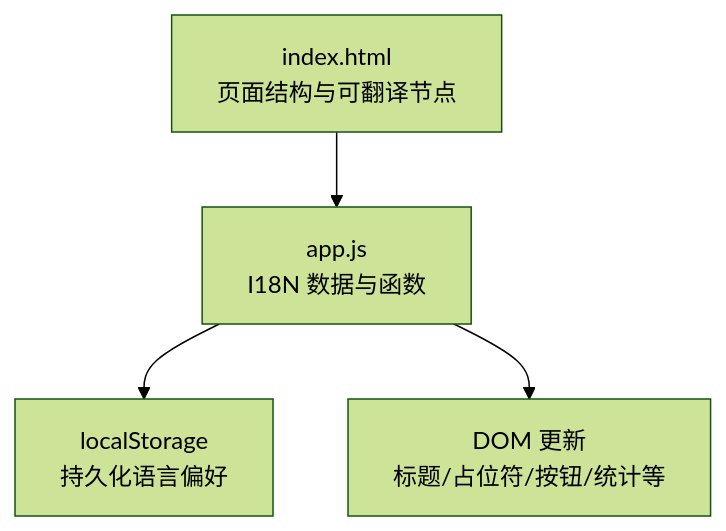
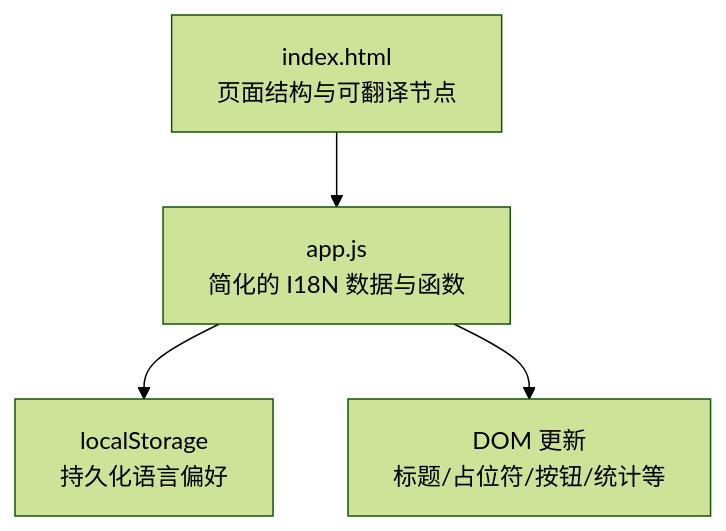
The first of 4 diagrams in .qoder/repowiki/zh/content/核心功能/用户体验优化/国际化系统.md (allengaller/repo-database), drawn with Mermaid (forest theme) before and after one commit. The commit also changed other lines of this file and 38 other files, not shown here.

````diff
--- a/.qoder/repowiki/zh/content/核心功能/用户体验优化/国际化系统.md
+++ b/.qoder/repowiki/zh/content/核心功能/用户体验优化/国际化系统.md
@@ -33,6 +39,6 @@
 ```mermaid
 graph TB
-A["index.html<br/>页面结构与可翻译节点"] --> B["app.js<br/>I18N 数据与函数"]
+A["index.html<br/>页面结构与可翻译节点"] --> B["app.js<br/>简化的 I18N 数据与函数"]
 B --> C["localStorage<br/>持久化语言偏好"]
 B --> D["DOM 更新<br/>标题/占位符/按钮/统计等"]
 ```
````
